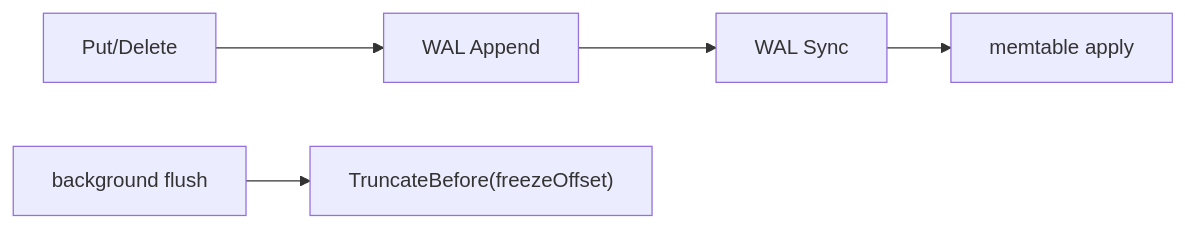
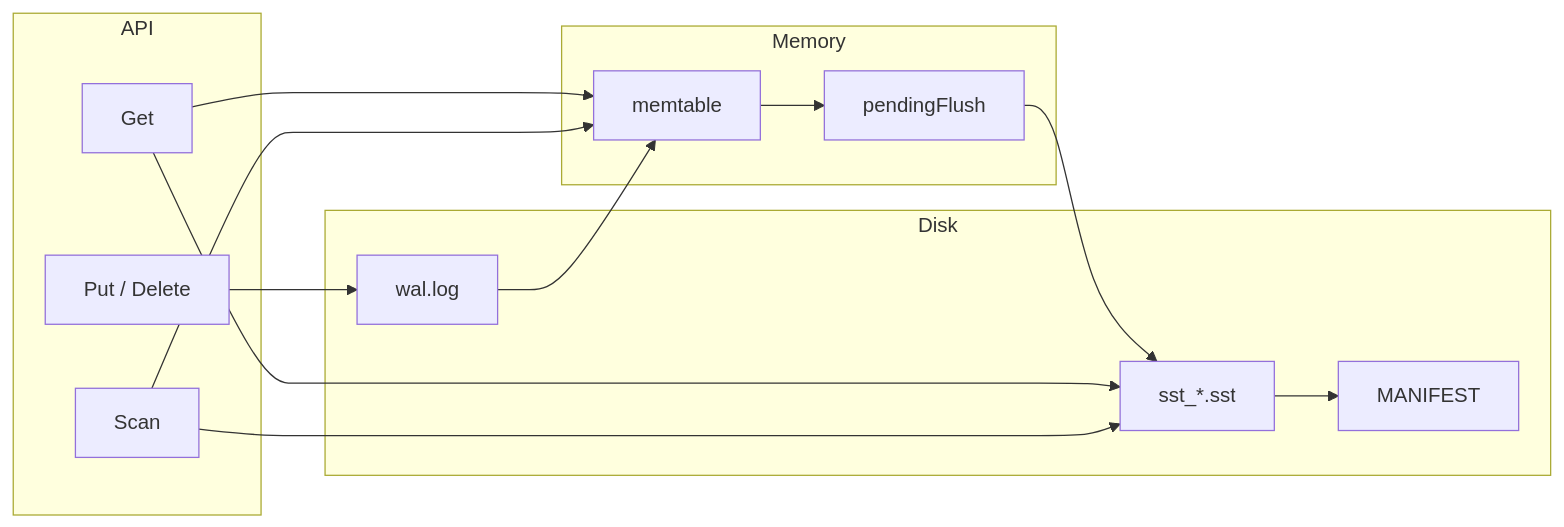
The diagram in README.md (RUDRA-PRATAP-SINGH01/PebbleDB), drawn with Mermaid before and after one commit. The commit also changed other lines of this file and 44 other files, not shown here.

````diff
--- a/README.md
+++ b/README.md
@@ -528,7 +19,27 @@
 ```mermaid
 flowchart LR
-    PUT["Put/Delete"] --> APPEND["WAL Append"]
-    APPEND --> SYNC["WAL Sync"]
-    SYNC --> MT["memtable apply"]
-    FLUSH["background flush"] --> TRUNC["TruncateBefore(freezeOffset)"]
+    subgraph API
+        PUT["Put / Delete"]
+        GET["Get"]
+        SCAN["Scan"]
+    end
+
+    subgraph Memory
+        MT["memtable"]
+        Q["pendingFlush"]
+    end
+
+    subgraph Disk
+        WAL["wal.log"]
+        MAN["MANIFEST"]
+        SST["sst_*.sst"]
+    end
+
+    PUT --> WAL --> MT
+    MT --> Q --> SST
+    SST --> MAN
+    GET --> MT
+    GET --> SST
+    SCAN --> MT
+    SCAN --> SST
 ```
````
